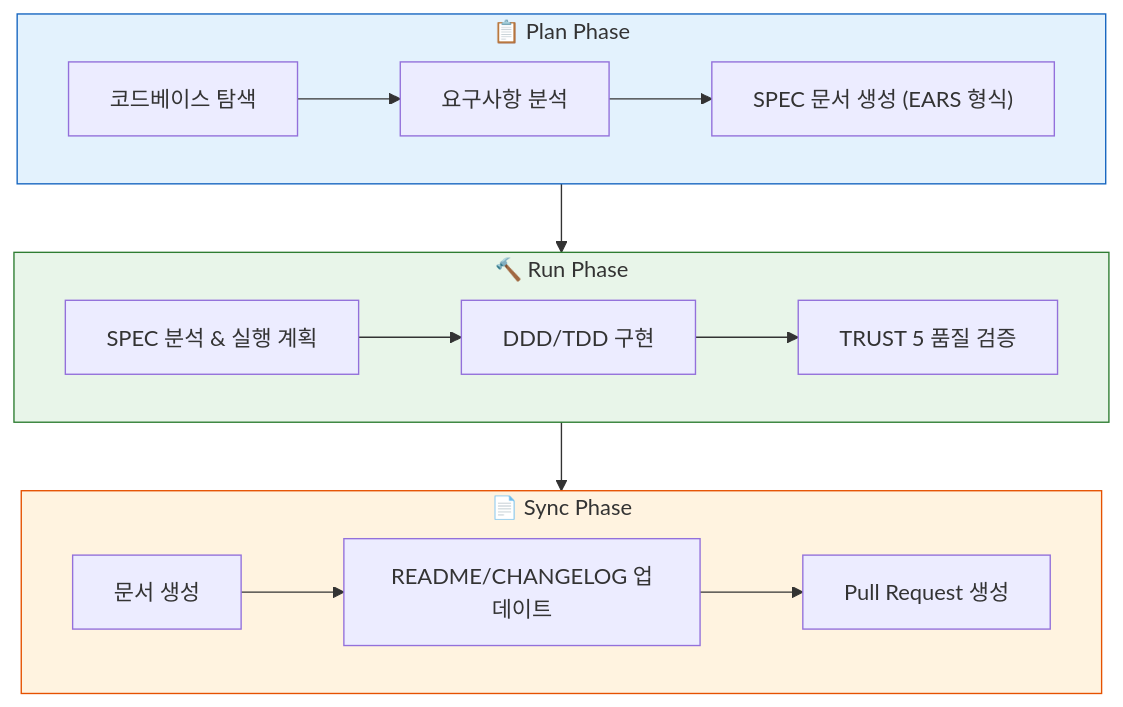
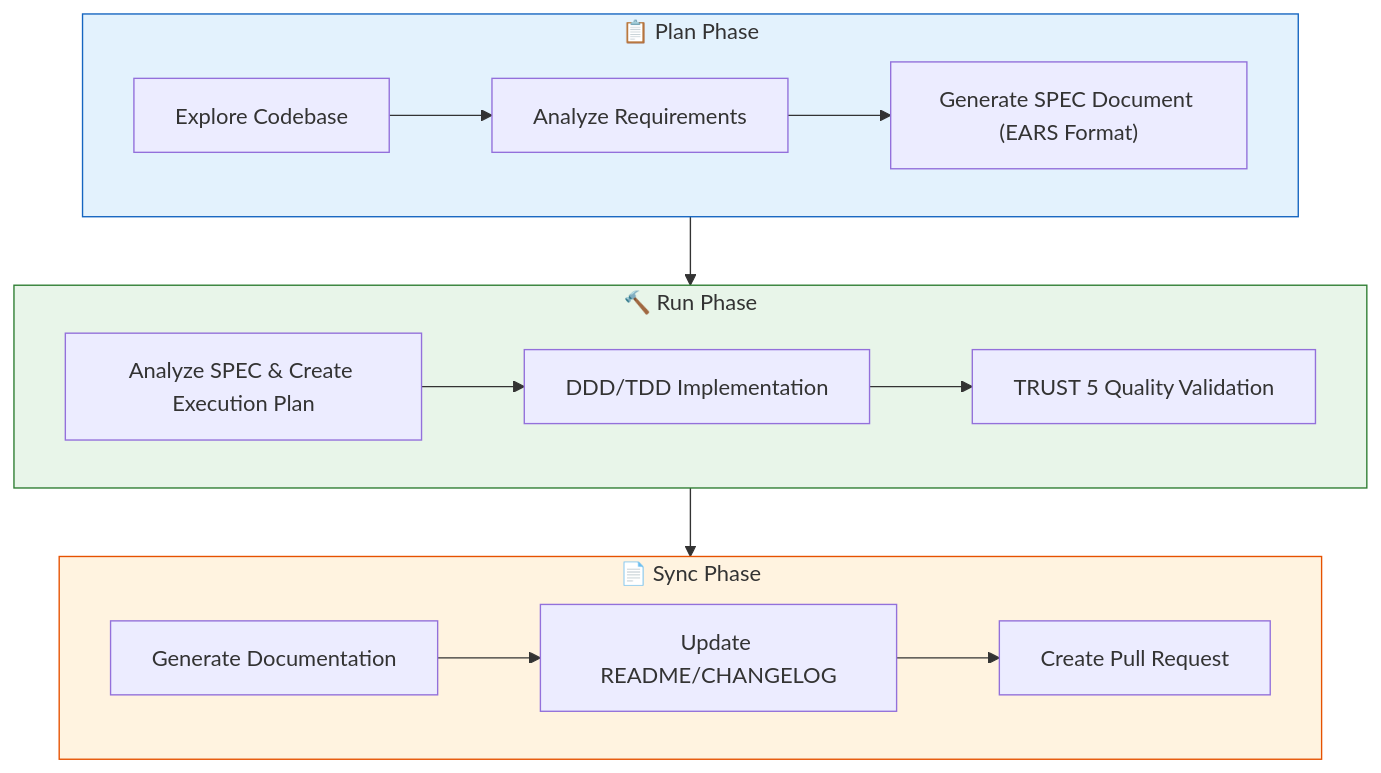
The fifth of 5 diagrams in README.md (modu-ai/moai-adk), drawn with Mermaid before and after one commit. The commit also changed other lines of this file and 4 other files, not shown here.

````diff
--- a/README.md
+++ b/README.md
@@ -272,24 +272,24 @@
 ```mermaid
 graph TB
     subgraph Plan ["📋 Plan Phase"]
-        P1["코드베이스 탐색"] --> P2["요구사항 분석"]
-        P2 --> P3["SPEC 문서 생성 (EARS 형식)"]
+        P1["Explore Codebase"] --> P2["Analyze Requirements"]
+        P2 --> P3["Generate SPEC Document (EARS Format)"]
     end
 
     subgraph Run ["🔨 Run Phase"]
-        R1["SPEC 분석 & 실행 계획"] --> R2["DDD/TDD 구현"]
-        R2 --> R3["TRUST 5 품질 검증"]
+        R1["Analyze SPEC & Create Execution Plan"] --> R2["DDD/TDD Implementation"]
+        R2 --> R3["TRUST 5 Quality Validation"]
     end
 
     subgraph Sync ["📄 Sync Phase"]
-        S1["문서 생성"] --> S2["README/CHANGELOG 업데이트"]
-        S2 --> S3["Pull Request 생성"]
+        S1["Generate Documentation"] --> S2["Update README/CHANGELOG"]
+        S2 --> S3["Create Pull Request"]
     end
 
     Plan --> Run
     Run --> Sync
 
     style Plan fill:#E3F2FD,stroke:#1565C0
     style Run fill:#E8F5E9,stroke:#2E7D32
     style Sync fill:#FFF3E0,stroke:#E65100
 ```
````
